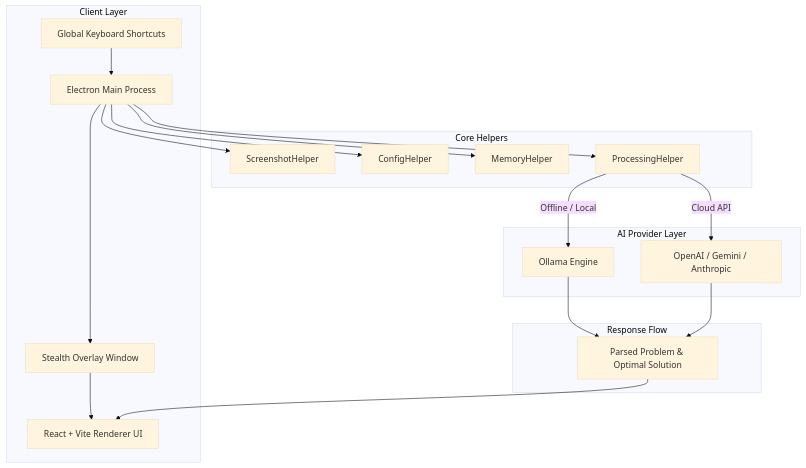
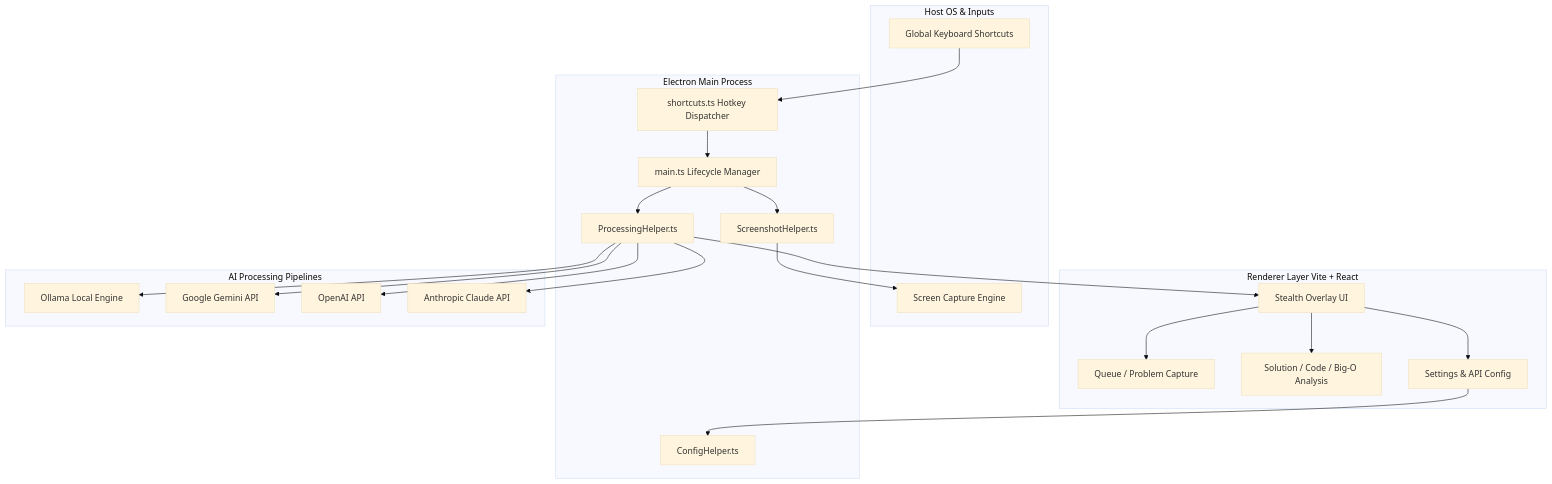
One commit to Abhinav-kp-dev/open-interview changed the first of 2 diagrams in README.md. Above: the diagram before and after it, drawn with Mermaid (base theme). The commit also changed other lines of this file, not shown here.

Commit message:
docs: add comprehensive professional README with architecture, guides, and model setup

````diff
--- a/README.md
+++ b/README.md
@@ -25,26 +100,44 @@
 ```mermaid
 graph TD
-    subgraph Client Layer
-        A[Global Keyboard Shortcuts] --> B[Electron Main Process]
-        B --> C[Stealth Overlay Window]
-        C --> D[React + Vite Renderer UI]
+    subgraph Host OS & Inputs
+        KB[Global Keyboard Shortcuts]
+        Screen[Screen Capture Engine]
     end
 
-    subgraph Core Helpers
-        B --> E[ScreenshotHelper]
-        B --> F[ConfigHelper]
-        B --> G[MemoryHelper]
-        B --> H[ProcessingHelper]
+    subgraph Electron Main Process
+        Main[main.ts Lifecycle Manager]
+        Shortcuts[shortcuts.ts Hotkey Dispatcher]
+        ScreenHelper[ScreenshotHelper.ts]
+        ProcHelper[ProcessingHelper.ts]
+        ConfHelper[ConfigHelper.ts]
     end
 
-    subgraph AI Provider Layer
-        H -->|Offline / Local| I[Ollama Engine]
-        H -->|Cloud API| J[OpenAI / Gemini / Anthropic]
+    subgraph Renderer Layer Vite + React
+        UI[Stealth Overlay UI]
+        QueueView[Queue / Problem Capture]
+        SolutionView[Solution / Code / Big-O Analysis]
+        SettingsModal[Settings & API Config]
     end
 
-    subgraph Response Flow
-        I --> K[Parsed Problem & Optimal Solution]
-        J --> K
-        K --> D
+    subgraph AI Processing Pipelines
+        Ollama[Ollama Local Engine]
+        Gemini[Google Gemini API]
+        OpenAI[OpenAI API]
+        Claude[Anthropic Claude API]
     end
+
+    KB --> Shortcuts
+    Shortcuts --> Main
+    Main --> ScreenHelper
+    ScreenHelper --> Screen
+    Main --> ProcHelper
+    ProcHelper --> Ollama
+    ProcHelper --> Gemini
+    ProcHelper --> OpenAI
+    ProcHelper --> Claude
+    ProcHelper --> UI
+    UI --> QueueView
+    UI --> SolutionView
+    UI --> SettingsModal
+    SettingsModal --> ConfHelper
 ```
````
